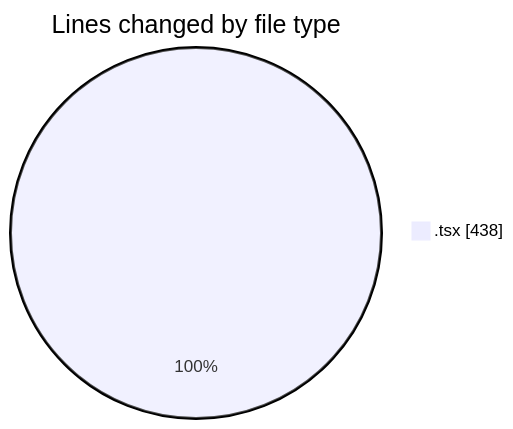
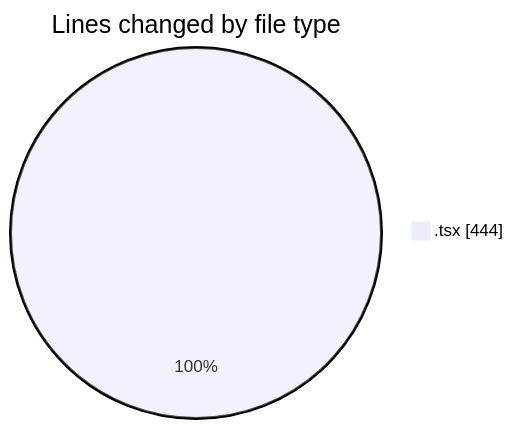
One commit to momahboobian/code-tracking changed the first of 2 diagrams in 2025-10-06/cda/README.md. Above: the diagram before and after it, drawn with Mermaid. The commit also changed other lines of this file and 1 other file, not shown here.

````diff
--- a/2025-10-06/cda/README.md
+++ b/2025-10-06/cda/README.md
@@ -20,5 +20,5 @@
 ```mermaid
 pie showData
 title Lines changed by file type
-".tsx" : 438
+".tsx" : 444
 ```
````
